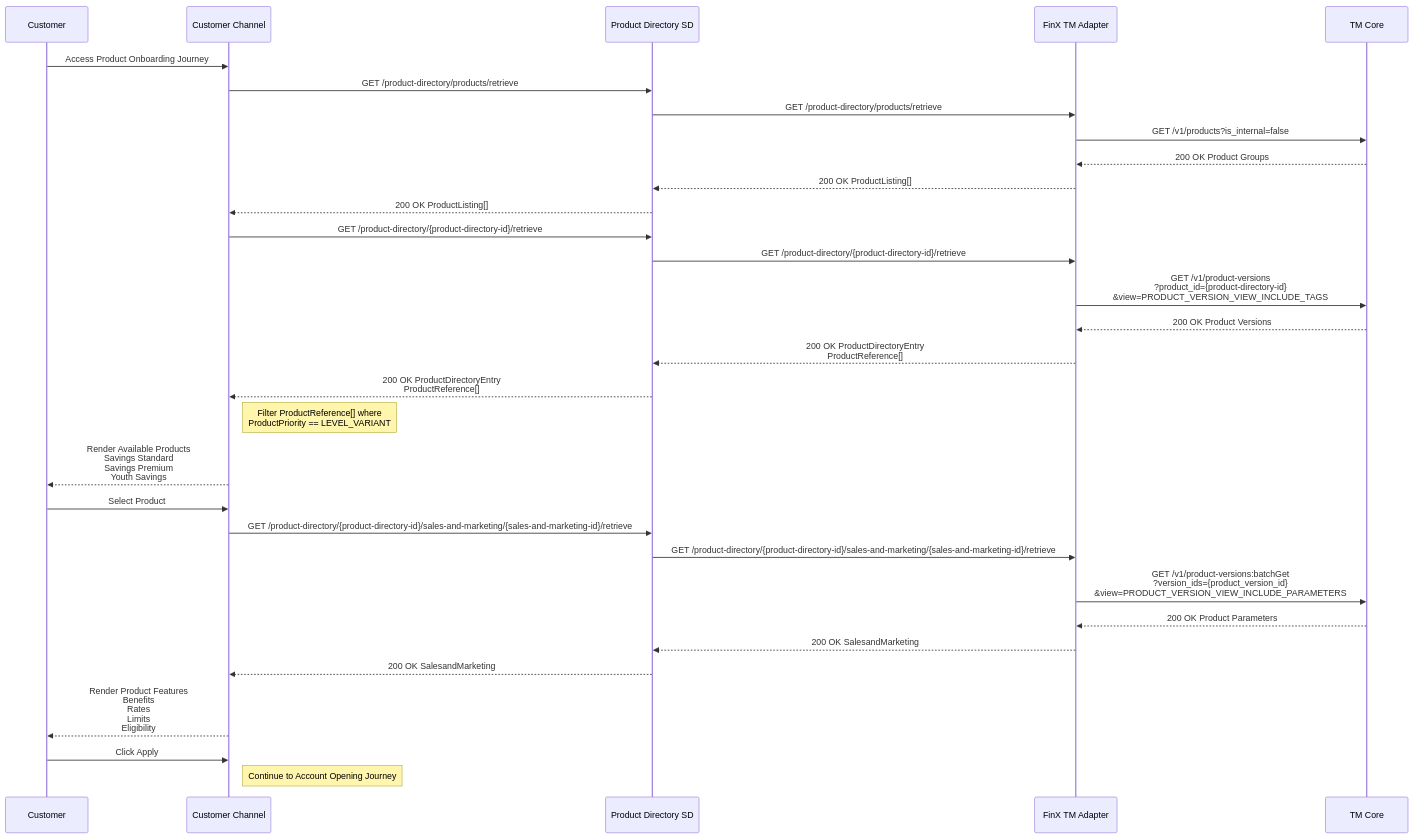
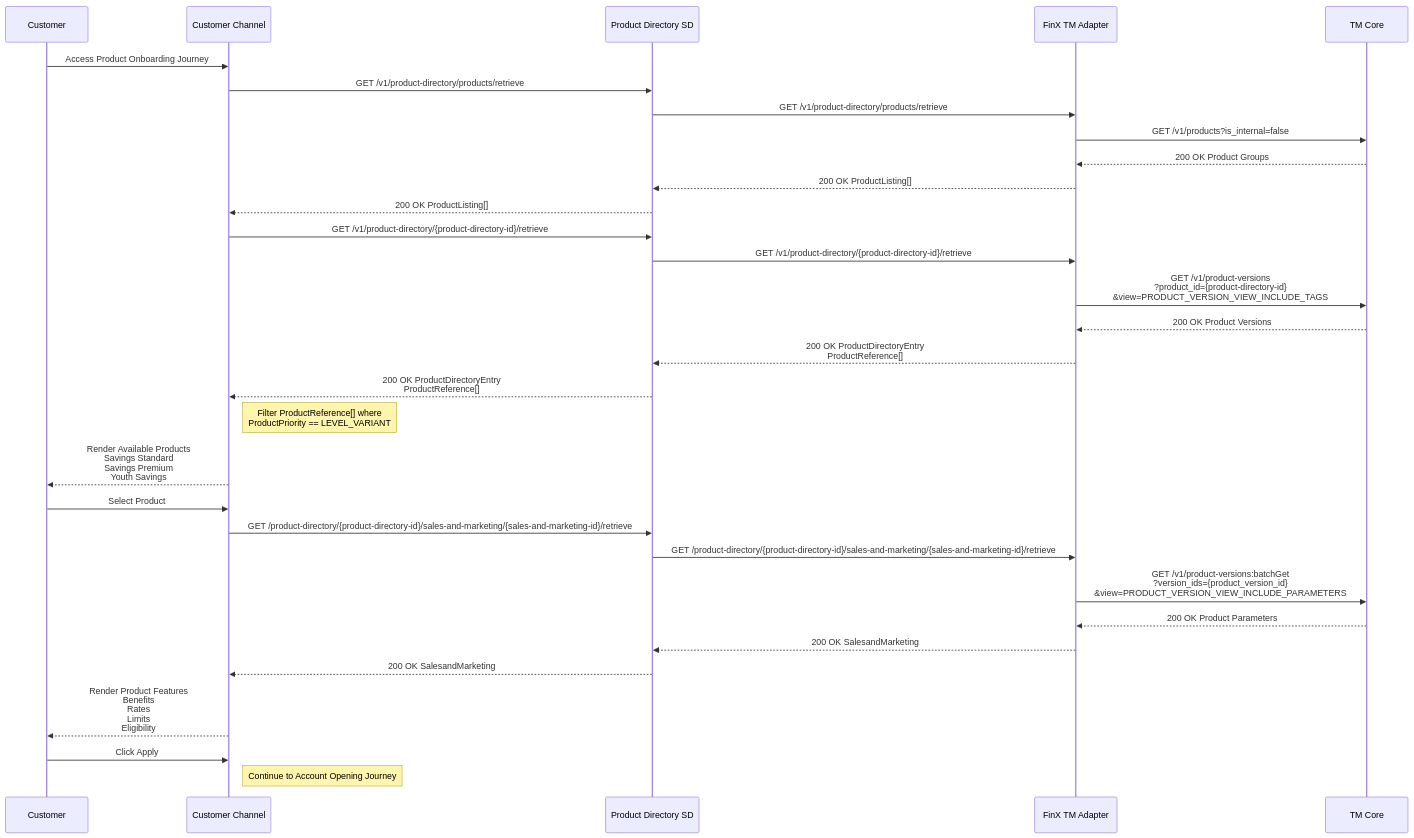
One commit to Simhadrikiran-295217/adapter-api-flows changed the diagram in View Product Templates and Variants from core system.md. Above: the diagram before and after it, drawn with Mermaid.

Commit message:
Update View Product Templates and Variants from core system.md

```diff
--- a/View Product Templates and Variants from core system.md
+++ b/View Product Templates and Variants from core system.md
@@ -15,10 +15,10 @@
     Customer->>Channel: Access Product Onboarding Journey
 
 
-    Channel->>PD: GET /product-directory/products/retrieve
+    Channel->>PD: GET /v1/product-directory/products/retrieve
 
 
-    PD->>Adapter: GET /product-directory/products/retrieve
+    PD->>Adapter: GET /v1/product-directory/products/retrieve
 
 
     Adapter->>Core: GET /v1/products?is_internal=false
@@ -32,10 +32,10 @@
     PD-->>Channel: 200 OK ProductListing[]
 
 
-    Channel->>PD: GET /product-directory/{product-directory-id}/retrieve
+    Channel->>PD: GET /v1/product-directory/{product-directory-id}/retrieve
 
 
-    PD->>Adapter: GET /product-directory/{product-directory-id}/retrieve
+    PD->>Adapter: GET /v1/product-directory/{product-directory-id}/retrieve
 
 
     Adapter->>Core: GET /v1/product-versions<br/>?product_id={product-directory-id}<br/>&view=PRODUCT_VERSION_VIEW_INCLUDE_TAGS
```
